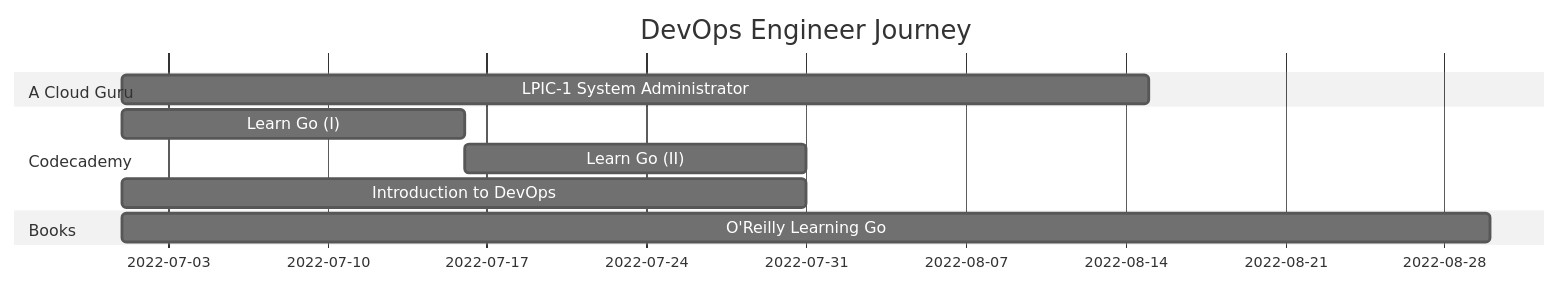
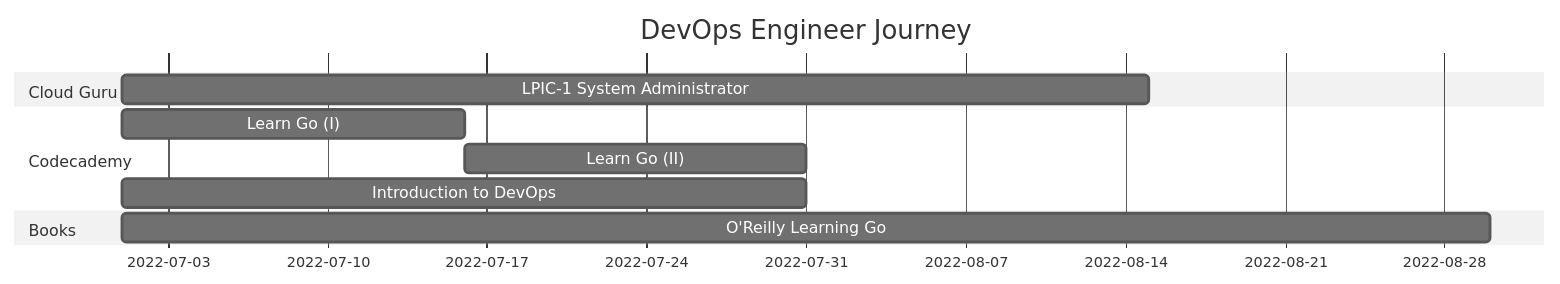
The diagram in README.md (HorningGit/Rayquaza_Resources), drawn with Mermaid (neutral theme) before and after one commit.

````diff
--- a/README.md
+++ b/README.md
@@ -1,13 +1,13 @@
 ```mermaid
 gantt
     title DevOps Engineer Journey
     dateFormat  YYYY-MM-DD
-    section A Cloud Guru
+    section Cloud Guru
     LPIC-1 System Administrator    :a1, 2022-07-01, 45d
     section Codecademy
     Learn Go (I)        :a1, 2022-07-01, 15d
     Learn Go (II)        :a2, 2022-07-16, 15d
     Introduction to DevOps        :a3, 2022-07-01, 30d
     section Books
     O'Reilly Learning Go        :a1, 2022-07-01, 60d
 ```
````
